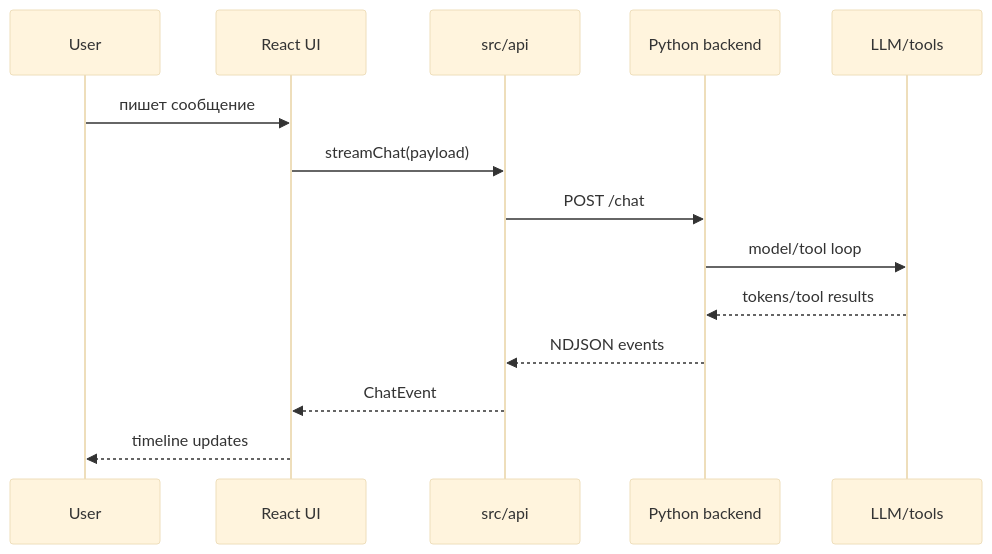
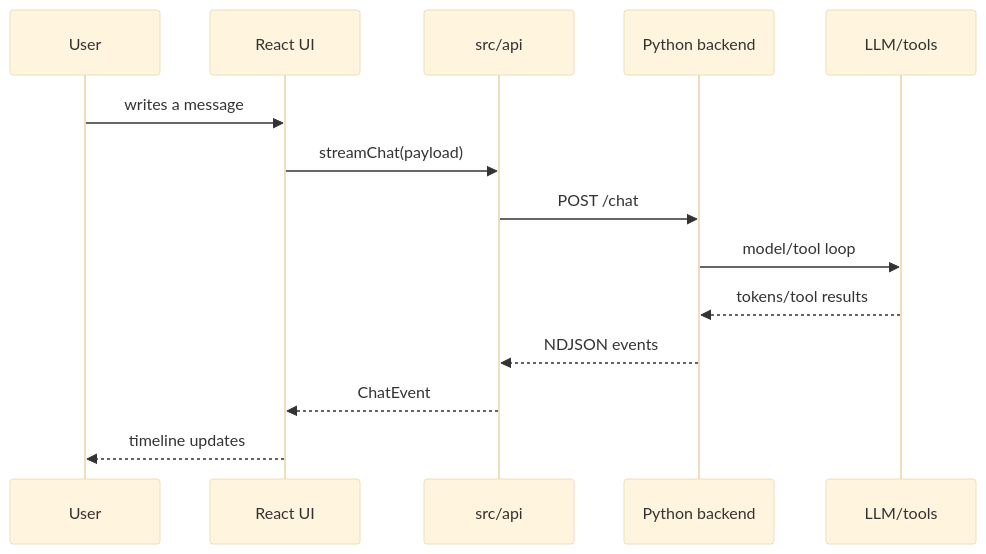
The second of 2 diagrams in docs/architecture.md (elev1e1nSure/warden-desktop), drawn with Mermaid (base theme) before and after one commit. The commit also changed other lines of this file and 13 other files, not shown here.

````diff
--- a/docs/architecture.md
+++ b/docs/architecture.md
@@ -78,17 +78,17 @@
 ```mermaid
 sequenceDiagram
   participant U as User
   participant UI as React UI
   participant API as src/api
   participant B as Python backend
   participant L as LLM/tools
 
-  U->>UI: пишет сообщение
+  U->>UI: writes a message
   UI->>API: streamChat(payload)
   API->>B: POST /chat
   B->>L: model/tool loop
   L-->>B: tokens/tool results
   B-->>API: NDJSON events
   API-->>UI: ChatEvent
   UI-->>U: timeline updates
 ```
````
